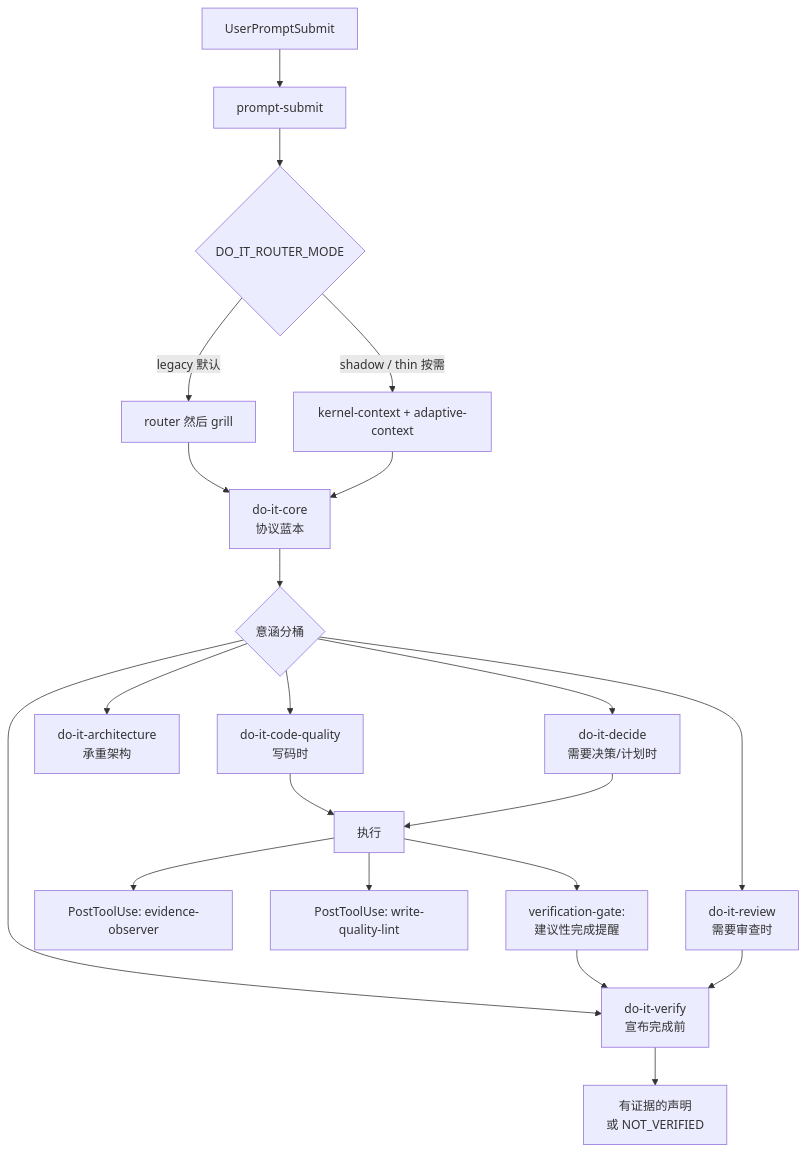
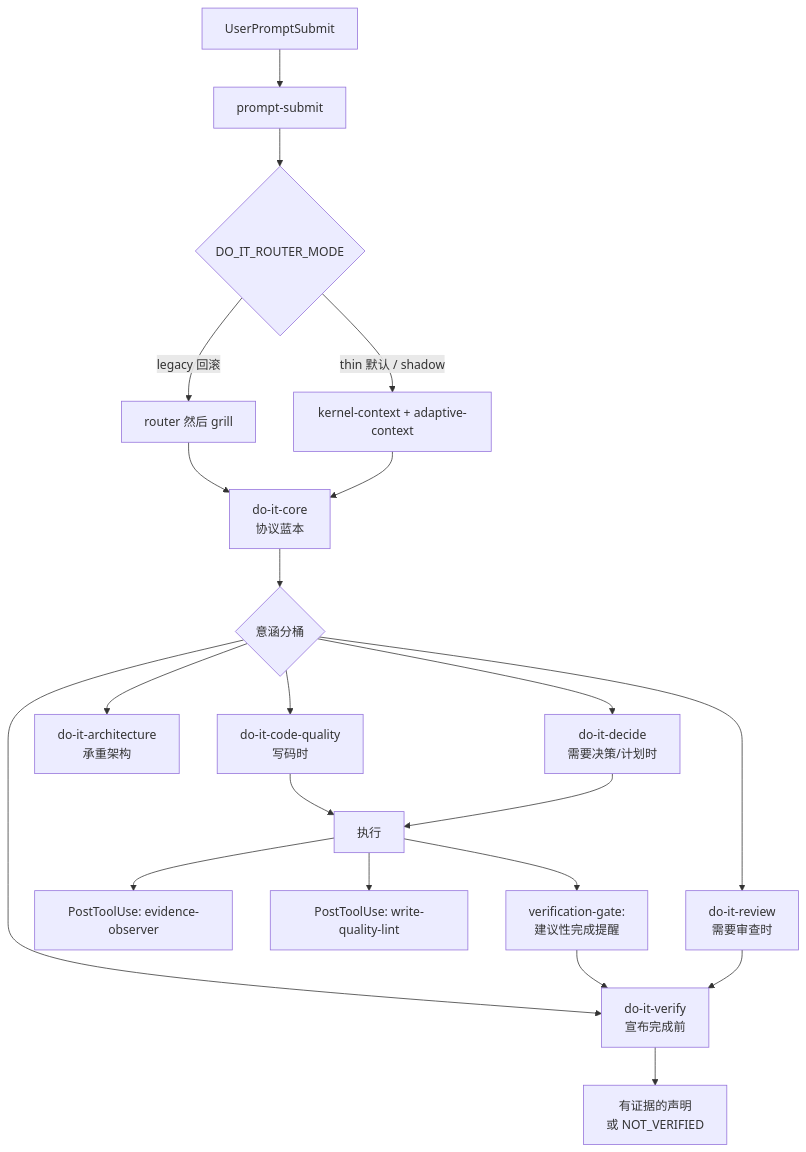
Before and after one commit to tdwhere123/do-it: the diagram in README.zh-CN.md, drawn with Mermaid. The commit also changed other lines of this file and 62 other files, not shown here.

First line of the commit message:
feat(runtime): default thin kernel and live-network admission

````diff
--- a/README.zh-CN.md
+++ b/README.zh-CN.md
@@ -148,23 +150,23 @@
 ```mermaid
 flowchart TD
     P[UserPromptSubmit] --> PS[prompt-submit]
     PS --> M{DO_IT_ROUTER_MODE}
-    M -->|legacy 默认| R[router 然后 grill]
-    M -->|shadow / thin 按需| K[kernel-context + adaptive-context]
+    M -->|thin 默认 / shadow| K[kernel-context + adaptive-context]
+    M -->|legacy 回滚| R[router 然后 grill]
     R --> C[do-it-core<br/>协议蓝本]
     K --> C
     C --> B{意涵分桶}
     B --> CQ[do-it-code-quality<br/>写码时]
     B --> A[do-it-architecture<br/>承重架构]
     B --> D[do-it-decide<br/>需要决策/计划时]
     B --> RV[do-it-review<br/>需要审查时]
     B --> VY[do-it-verify<br/>宣布完成前]
     CQ --> E[执行]
     D --> E
     E --> EO[PostToolUse: evidence-observer]
     E --> WQ[PostToolUse: write-quality-lint]
     E --> VG[verification-gate:<br/>建议性完成提醒]
     VG --> VY
     RV --> VY
     VY --> Done[有证据的声明<br/>或 NOT_VERIFIED]
 ```
````
